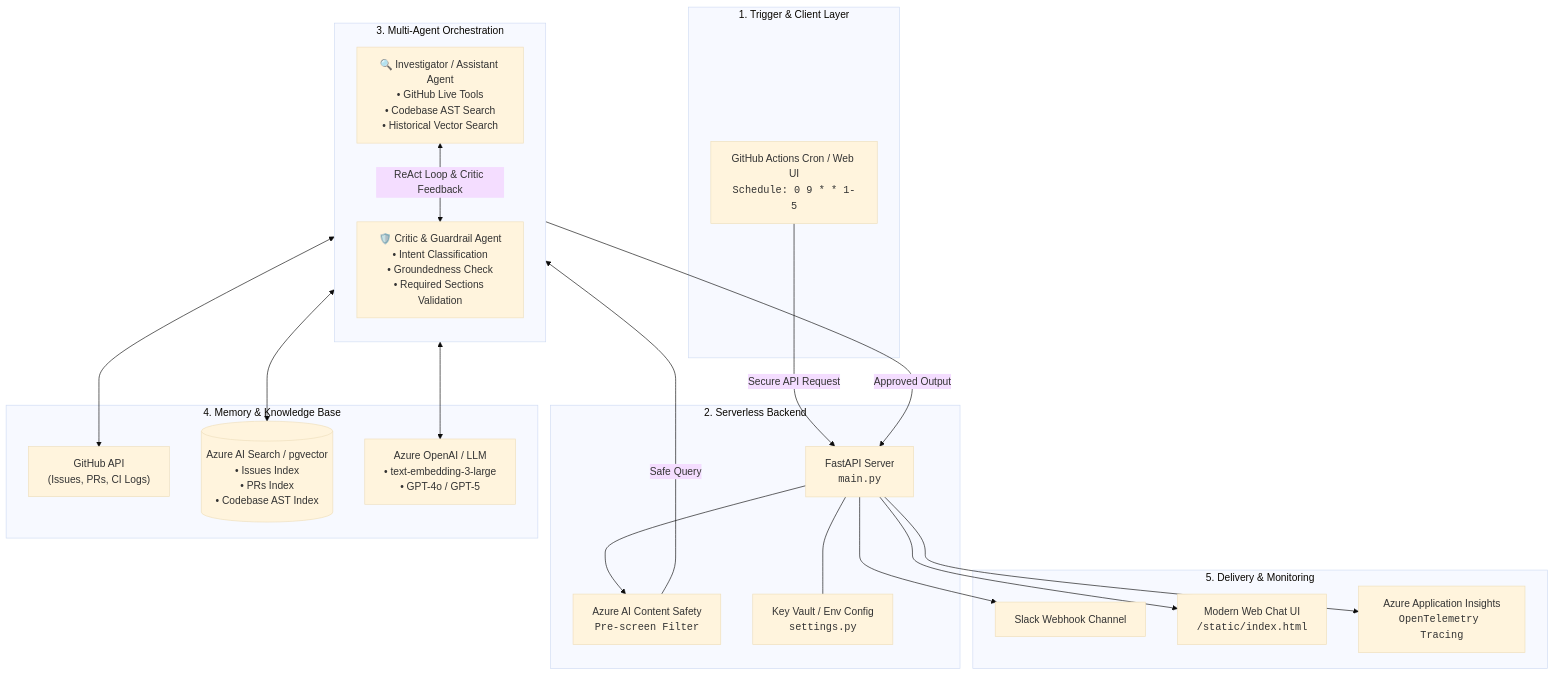
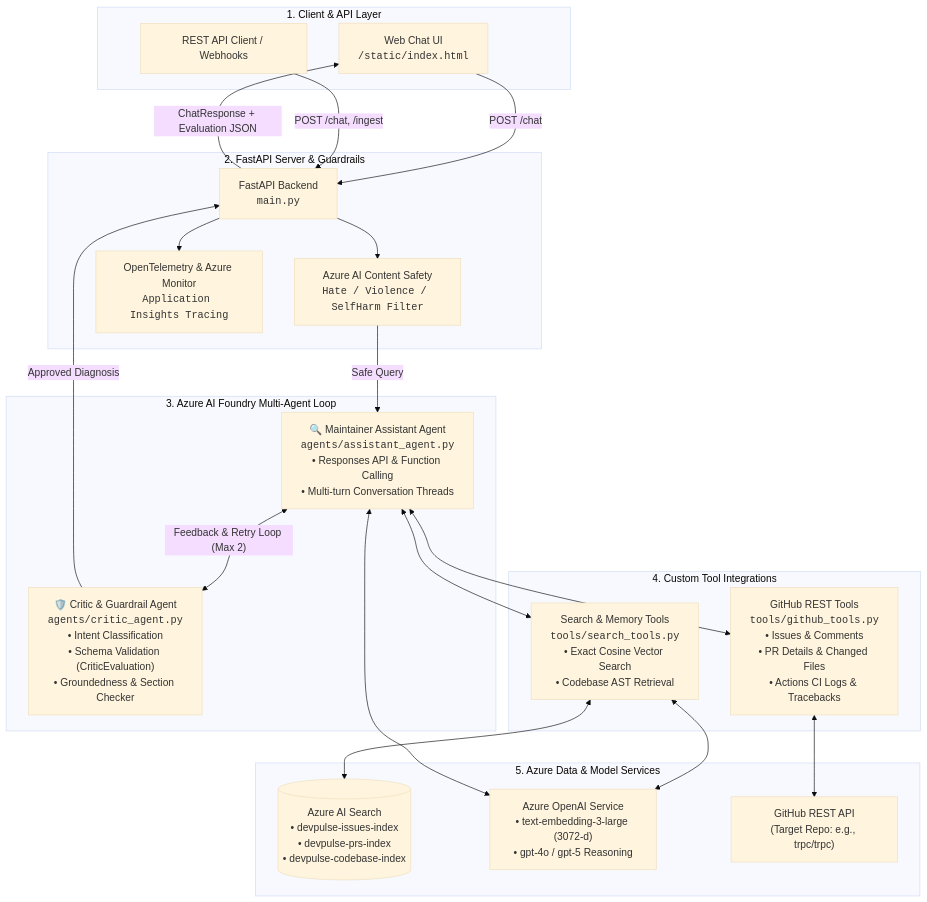
One commit to Saifali111/AI-Repo-Intelligence-Agent-Azure changed the diagram in README.md. Above: the diagram before and after it, drawn with Mermaid (base theme). The commit also changed other lines of this file, not shown here.

Commit message:
docs: add comprehensive README with architecture, features, and evaluation

````diff
--- a/README.md
+++ b/README.md
@@ -25,43 +25,44 @@
 ```mermaid
 flowchart TD
-    subgraph TriggerLayer ["1. Trigger & Client Layer"]
-        GHA["GitHub Actions Cron / Web UI<br/><code>Schedule: 0 9 * * 1-5</code>"]
+    subgraph ClientLayer ["1. Client & API Layer"]
+        WebUI["Web Chat UI<br/><code>/static/index.html</code>"]
+        APIClient["REST API Client / Webhooks"]
     end
 
-    subgraph HostingLayer ["2. Serverless Backend"]
-        FastAPI["FastAPI Server<br/><code>main.py</code>"]
-        CS["Azure AI Content Safety<br/><code>Pre-screen Filter</code>"]
-        Config["Key Vault / Env Config<br/><code>settings.py</code>"]
+    subgraph ServerLayer ["2. FastAPI Server & Guardrails"]
+        FastAPI["FastAPI Backend<br/><code>main.py</code>"]
+        CS["Azure AI Content Safety<br/><code>Hate / Violence / SelfHarm Filter</code>"]
+        OTel["OpenTelemetry & Azure Monitor<br/><code>Application Insights Tracing</code>"]
     end
 
-    subgraph MultiAgentLayer ["3. Multi-Agent Orchestration"]
-        direction TB
-        Investigator["🔍 Investigator / Assistant Agent<br/>• GitHub Live Tools<br/>• Codebase AST Search<br/>• Historical Vector Search"]
-        Critic["🛡️ Critic & Guardrail Agent<br/>• Intent Classification<br/>• Groundedness Check<br/>• Required Sections Validation"]
-        Investigator <-->|"ReAct Loop & Critic Feedback"| Critic
+    subgraph AgentLayer ["3. Azure AI Foundry Multi-Agent Loop"]
+        Assistant["🔍 Maintainer Assistant Agent<br/><code>agents/assistant_agent.py</code><br/>• Responses API & Function Calling<br/>• Multi-turn Conversation Threads"]
+        Critic["🛡️ Critic & Guardrail Agent<br/><code>agents/critic_agent.py</code><br/>• Intent Classification<br/>• Schema Validation (CriticEvaluation)<br/>• Groundedness & Section Checker"]
+        Assistant <-->|"Feedback & Retry Loop (Max 2)"| Critic
     end
 
-    subgraph DataLayer ["4. Memory & Knowledge Base"]
-        GH["GitHub API<br/>(Issues, PRs, CI Logs)"]
-        SearchDB[("Azure AI Search / pgvector<br/>• Issues Index<br/>• PRs Index<br/>• Codebase AST Index")]
-        AOAI["Azure OpenAI / LLM<br/>• text-embedding-3-large<br/>• GPT-4o / GPT-5"]
+    subgraph ToolLayer ["4. Custom Tool Integrations"]
+        GHTools["GitHub REST Tools<br/><code>tools/github_tools.py</code><br/>• Issues & Comments<br/>• PR Details & Changed Files<br/>• Actions CI Logs & Tracebacks"]
+        SearchTools["Search & Memory Tools<br/><code>tools/search_tools.py</code><br/>• Exact Cosine Vector Search<br/>• Codebase AST Retrieval"]
     end
 
-    subgraph OutputLayer ["5. Delivery & Monitoring"]
-        Slack["Slack Webhook Channel"]
-        WebUI["Modern Web Chat UI<br/><code>/static/index.html</code>"]
-        AppInsights["Azure Application Insights<br/><code>OpenTelemetry Tracing</code>"]
+    subgraph DataLayer ["5. Azure Data & Model Services"]
+        AISearch[("Azure AI Search<br/>• devpulse-issues-index<br/>• devpulse-prs-index<br/>• devpulse-codebase-index")]
+        AOAI["Azure OpenAI Service<br/>• text-embedding-3-large (3072-d)<br/>• gpt-4o / gpt-5 Reasoning"]
+        GHAPI["GitHub REST API<br/>(Target Repo: e.g., trpc/trpc)"]
     end
 
-    GHA -->|"Secure API Request"| FastAPI
+    WebUI -->|"POST /chat"| FastAPI
+    APIClient -->|"POST /chat, /ingest"| FastAPI
+    FastAPI --> OTel
     FastAPI --> CS
-    CS -->|"Safe Query"| Investigator
-    FastAPI --- Config
-    Investigator <--> GH
-    Investigator <--> SearchDB
-    Investigator <--> AOAI
-    Critic -->|"Approved Output"| FastAPI
-    FastAPI --> Slack
-    FastAPI --> WebUI
-    FastAPI --> AppInsights
+    CS -->|"Safe Query"| Assistant
+    Assistant <--> GHTools
+    Assistant <--> SearchTools
+    GHTools <--> GHAPI
+    SearchTools <--> AISearch
+    SearchTools <--> AOAI
+    Assistant <--> AOAI
+    Critic -->|"Approved Diagnosis"| FastAPI
+    FastAPI -->|"ChatResponse + Evaluation JSON"| WebUI
 ```
````
